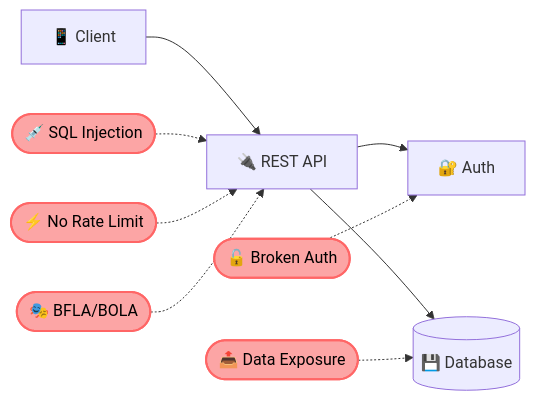
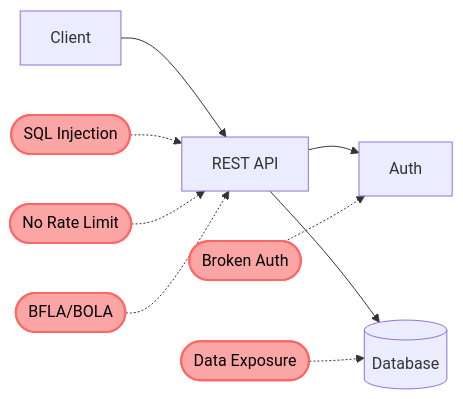
One commit to hexobandit/X9_simplemermaid changed the diagram in examples/api-threats.mmd. Above: the diagram before and after it, drawn with Mermaid. The commit also changed 25 other files, not shown here.

```diff
--- a/examples/api-threats.mmd
+++ b/examples/api-threats.mmd
@@ -1,10 +1,10 @@
 flowchart LR
 classDef threat fill:#fca5a5,stroke:#f66,stroke-width:2px,color:#000
-Client[📱 Client] --> API[🔌 REST API]
-API --> Auth[🔐 Auth]
-API --> Data[(💾 Database)]
-Injection([💉 SQL Injection]):::threat -.-> API
-BrokenAuth([🔓 Broken Auth]):::threat -.-> Auth
-DataExposure([📤 Data Exposure]):::threat -.-> Data
-RateLimit([⚡ No Rate Limit]):::threat -.-> API
-BFLA([🎭 BFLA/BOLA]):::threat -.-> API
+Client[Client] --> API[REST API]
+API --> Auth[Auth]
+API --> Data[(Database)]
+Injection([SQL Injection]):::threat -.-> API
+BrokenAuth([Broken Auth]):::threat -.-> Auth
+DataExposure([Data Exposure]):::threat -.-> Data
+RateLimit([No Rate Limit]):::threat -.-> API
+BFLA([BFLA/BOLA]):::threat -.-> API
```
